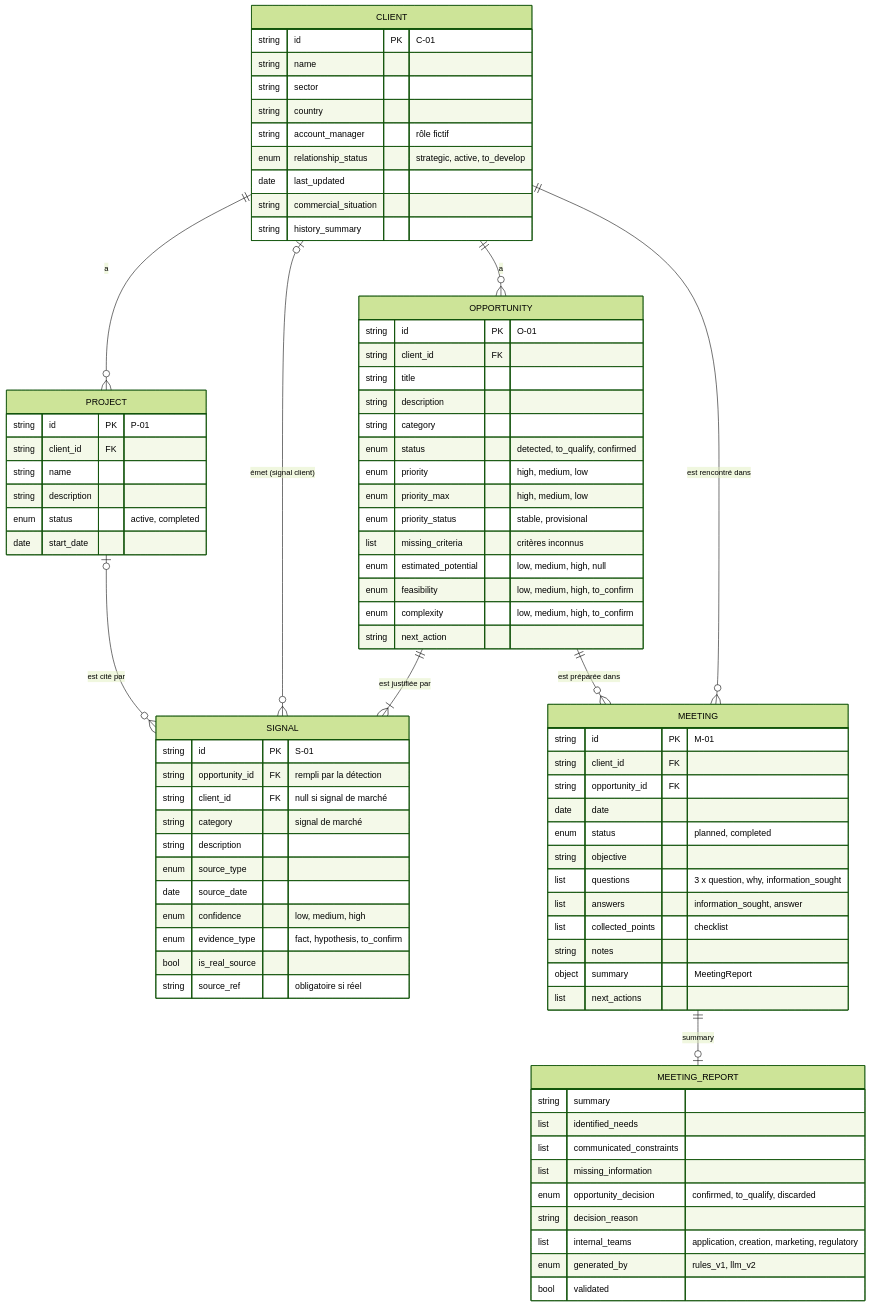
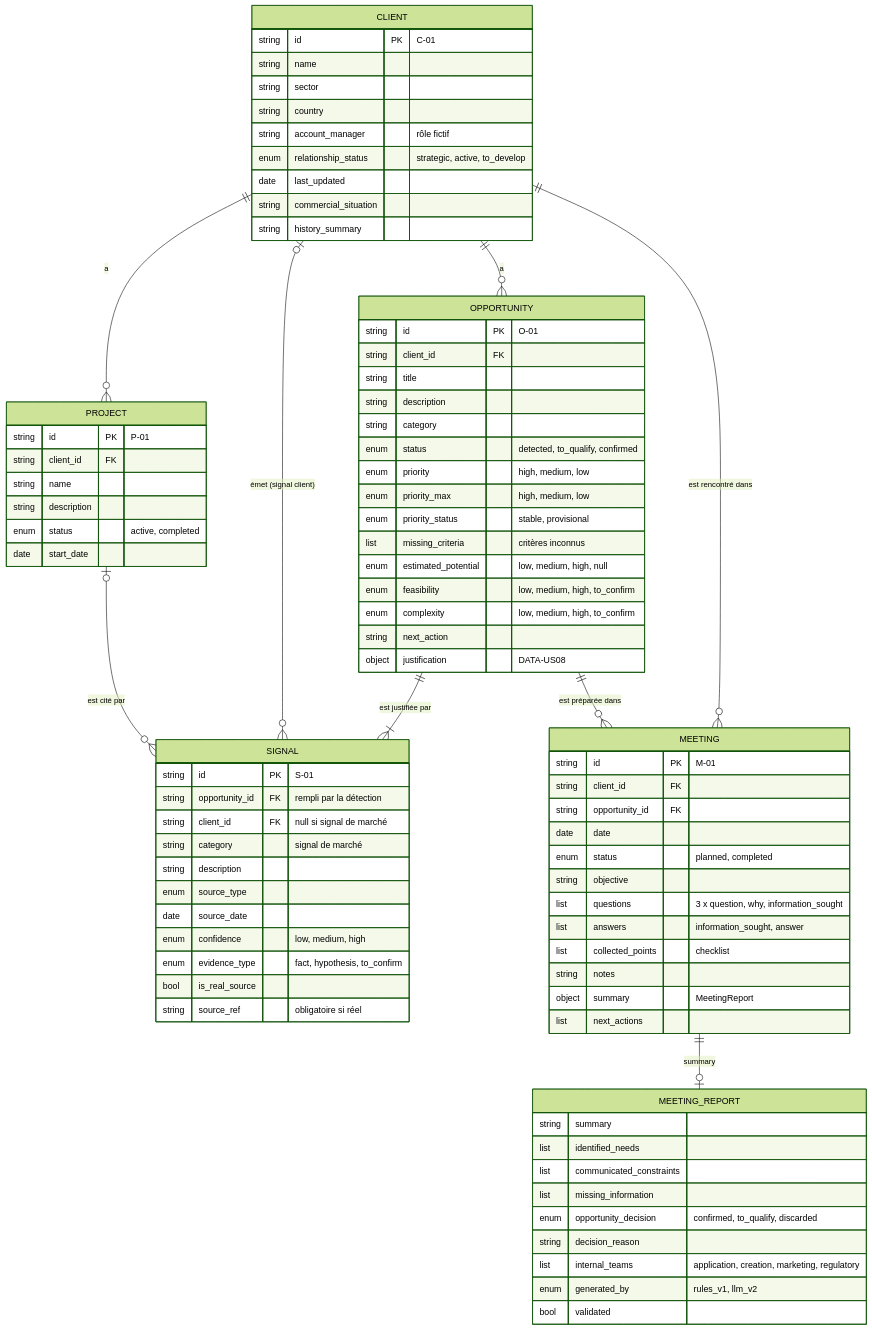
One commit to Hetic-Hackathon-Givaudan-2026-Kevin/Data_intelligence changed the diagram in data/demo_v2/MODELE_DONNEES.md. Above: the diagram before and after it, drawn with Mermaid (forest theme). The commit also changed other lines of this file and 9 other files, not shown here.

Commit message:
data: DATA-US08 justification commerciale (refs Hetic-Hackathon-Givaudan-2026-Kevin/app-hackathon#18)

```diff
--- a/data/demo_v2/MODELE_DONNEES.md
+++ b/data/demo_v2/MODELE_DONNEES.md
@@ -264,6 +289,7 @@
         enum feasibility "low, medium, high, to_confirm"
         enum complexity "low, medium, high, to_confirm"
         string next_action
+        object justification "DATA-US08"
     }
     SIGNAL {
         string id PK "S-01"
```
